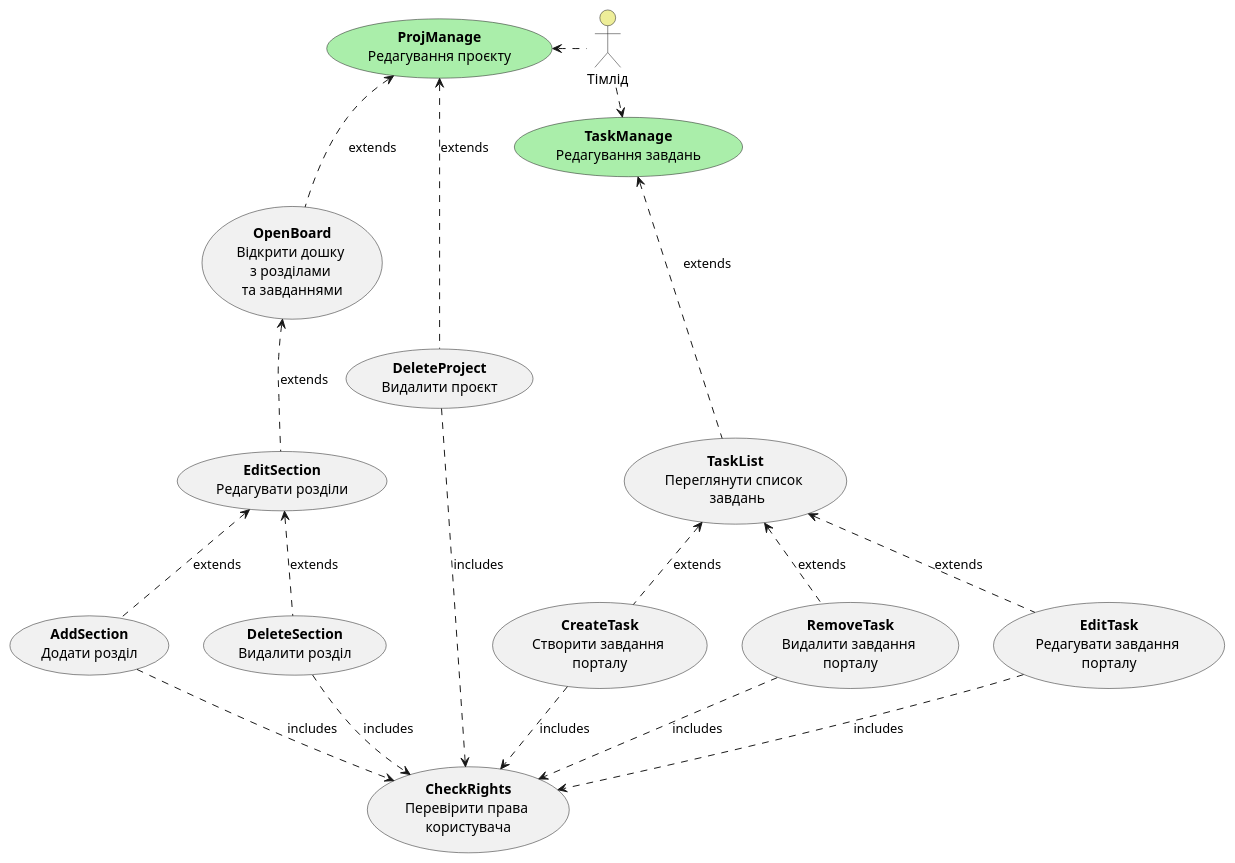
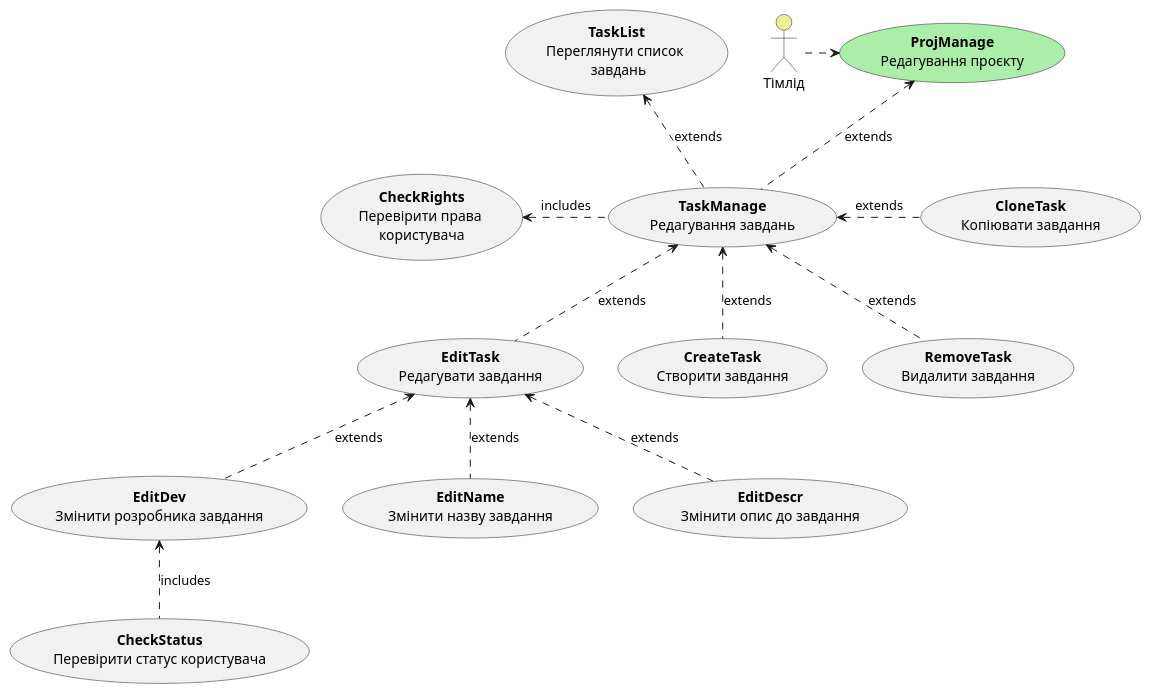
One commit to boldak/edu-db-cw changed the fourth of 6 diagrams in docs/use cases/README.md. Above: the diagram before and after it, drawn with PlantUML. The commit also changed other lines of this file, not shown here.

Commit message:
added info + changed some uml

```diff
--- a/docs/use cases/README.md
+++ b/docs/use cases/README.md
@@ -74,44 +112,40 @@
 @startuml
 
+
     usecase "<b>ProjManage</b>\nРедагування проєкту" as ProjManage #aaeeaa
-    usecase "<b>TaskManage</b>\nРедагування завдань" as TaskManage #aaeeaa
+    usecase "<b>TaskManage</b>\nРедагування завдань" as TaskManage 
     
     actor "Тімлід" as Teamlead #eeee99
-    
-    Teamlead .l.-> ProjManage
-    Teamlead .r.-> TaskManage
+
+    Teamlead .r.-> ProjManage
     
     usecase "<b>CheckRights</b>\nПеревірити права \nкористувача" as CheckRights
+
+    usecase "<b>TaskList</b>\nПереглянути список \n завдань" as TaskList
+    usecase "<b>CreateTask</b>\nСтворити завдання" as CreateTask
+    usecase "<b>RemoveTask</b>\nВидалити завдання" as RemoveTask
+    usecase "<b>EditTask</b>\nРедагувати завдання" as EditTask
+    usecase "<b>CloneTask</b>\nКопіювати завдання" as CloneTask
     
-    usecase "<b>DeleteProject</b>\nВидалити проєкт" as DeleteProject
-    usecase "<b>OpenBoard</b>\nВідкрити дошку \nз розділами \nта завданнями" as OpenBoard
-    usecase "<b>EditSection</b>\nРедагувати розділи" as EditSection
-    usecase "<b>AddSection</b>\nДодати розділ" as AddSection
-    usecase "<b>DeleteSection</b>\nВидалити розділ" as DeleteSection
+    TaskManage .u.> ProjManage: extends
+    TaskManage .u.> TaskList: extends
+    CreateTask .u.> TaskManage: extends
+    EditTask .u.> TaskManage: extends
+    RemoveTask .u.> TaskManage: extends
+    CloneTask .l.> TaskManage: extends
     
-    DeleteProject .u.> ProjManage: extends
-    OpenBoard .u.> ProjManage: extends
-    EditSection .u.> OpenBoard: extends
-    AddSection .u.> EditSection: extends
-    DeleteSection .u.> EditSection: extends
-    
-    
-    DeleteProject .d.> CheckRights: includes
-    AddSection .d.> CheckRights: includes
-    DeleteSection .d.> CheckRights: includes
-    
-    usecase "<b>TaskList</b>\nПереглянути список \n завдань" as TaskList
-    usecase "<b>CreateTask</b>\nСтворити завдання \nпорталу" as CreateTask
-    usecase "<b>RemoveTask</b>\nВидалити завдання \nпорталу" as RemoveTask
-    usecase "<b>EditTask</b>\nРедагувати завдання \nпорталу" as EditTask
-    
-    
-    TaskList .u.> TaskManage: extends
-    CreateTask .u.> TaskList: extends
-    RemoveTask .u.> TaskList: extends
-    EditTask .u.> TaskList: extends
-    
-    CreateTask .d.> CheckRights: includes
-    RemoveTask .d.> CheckRights: includes
-    EditTask .d.> CheckRights: includes
+    TaskManage .l.> CheckRights: includes
+
+    usecase "<b>EditName</b>\nЗмінити назву завдання" as EditName
+    usecase "<b>EditDescr</b>\nЗмінити опис до завдання" as EditDescr
+    usecase "<b>EditDev</b>\nЗмінити розробника завдання" as EditDev
+
+    usecase "<b>CheckStatus</b>\nПеревірити статус користувача" as CheckStatus
+
+    EditName .u.> EditTask: extends
+    EditDescr .u.> EditTask: extends
+    EditDev .u.> EditTask: extends
+
+    CheckStatus .u.> EditDev: includes
+
 @enduml
```
